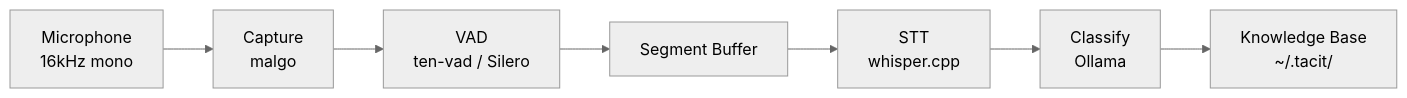
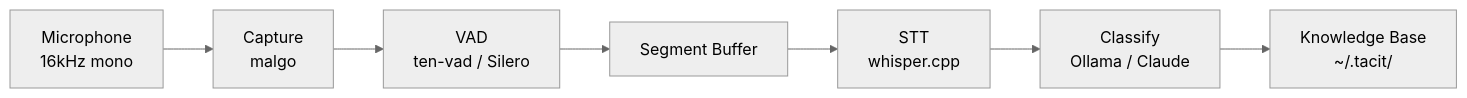
One commit to sangmin7648/tacit changed the diagram in README.md. Above: the diagram before and after it, drawn with Mermaid (neutral theme). The commit also changed other lines of this file and 73 other files, not shown here.

First line of the commit message:
Overhaul documentation: docs wiki, CLAUDE.md schema, README fixes (#38)

````diff
--- a/README.md
+++ b/README.md
@@ -122,9 +120,9 @@
 ```mermaid
 graph LR
     MIC[Microphone\n16kHz mono] --> CAP[Capture\nmalgo]
     CAP --> VAD[VAD\nten-vad / Silero]
     VAD --> BUF[Segment Buffer]
     BUF --> STT[STT\nwhisper.cpp]
-    STT --> CLS[Classify\nOllama]
+    STT --> CLS[Classify\nOllama / Claude]
     CLS --> KB[Knowledge Base\n~/.tacit/]
 ```
````
